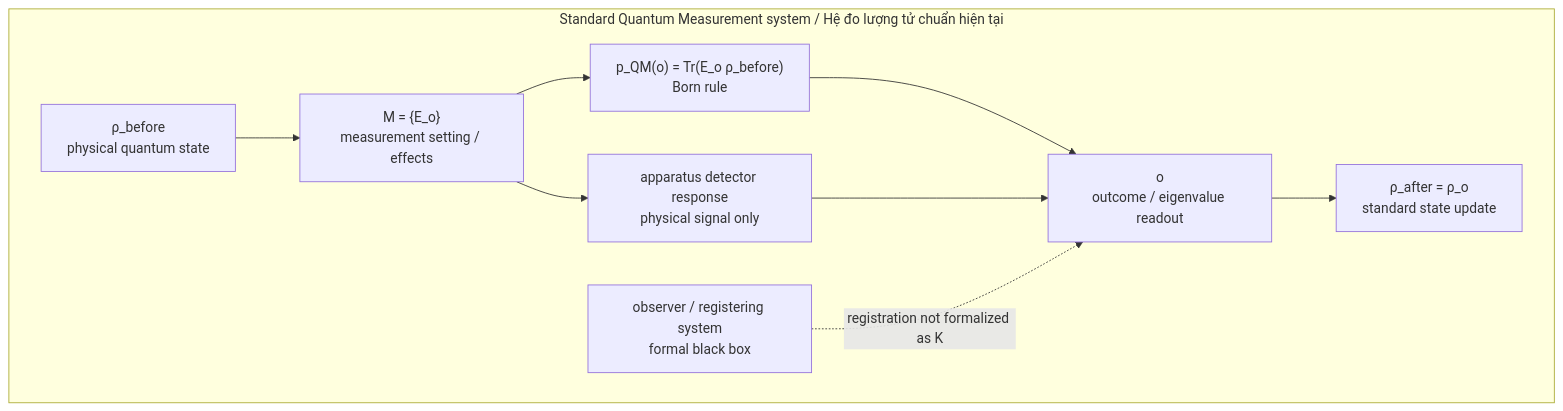
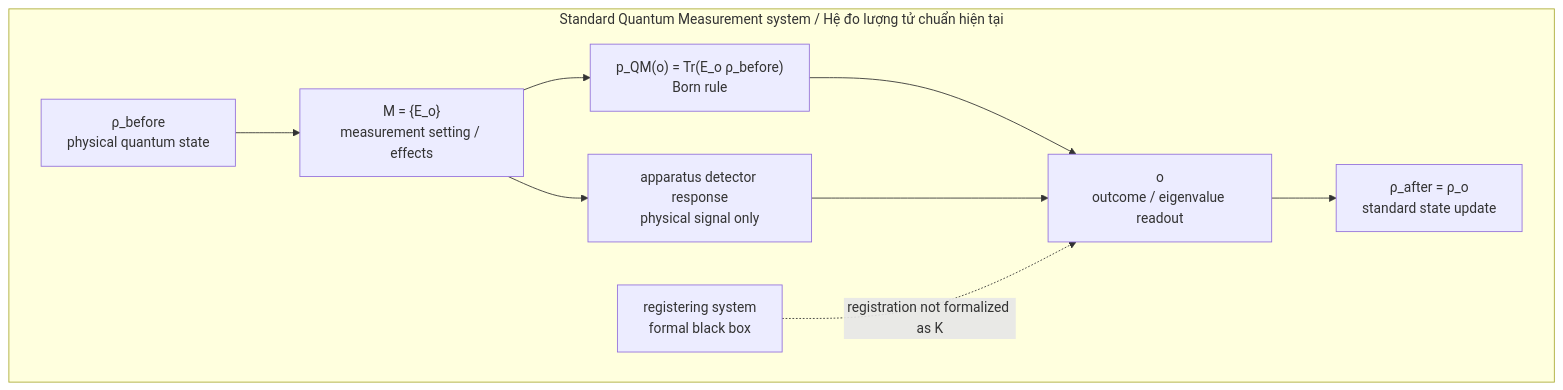
One commit to AIhugART/VVV-QMRF-VietVunVut-Quantum-Measurement-Registration-Framework changed the first of 4 diagrams in documents/research_documents/vvv-eqm/VVV_EQM_vs_Standard_QM_system_diagram.md. Above: the diagram before and after it, drawn with Mermaid. The commit also changed other lines of this file and 9 other files, not shown here.

````diff
--- a/documents/research_documents/vvv-eqm/VVV_EQM_vs_Standard_QM_system_diagram.md
+++ b/documents/research_documents/vvv-eqm/VVV_EQM_vs_Standard_QM_system_diagram.md
@@ -53,17 +53,17 @@
 ```mermaid
 flowchart LR
   subgraph SQM["Standard Quantum Measurement system / Hệ đo lượng tử chuẩn hiện tại"]
     direction LR
     rho0["ρ_before<br/>physical quantum state"]
     setting["M = {E_o}<br/>measurement setting / effects"]
     born["p_QM(o) = Tr(E_o ρ_before)<br/>Born rule"]
     detector["apparatus detector response<br/>physical signal only"]
     outcome["o<br/>outcome / eigenvalue readout"]
     rho1["ρ_after = ρ_o<br/>standard state update"]
-    observer["observer / registering system<br/>formal black box"]
+    registering["registering system<br/>formal black box"]
 
     rho0 --> setting --> born --> outcome --> rho1
     setting --> detector --> outcome
-    observer -. "registration not formalized as K" .-> outcome
+    registering -. "registration not formalized as K" .-> outcome
   end
 ```
````
